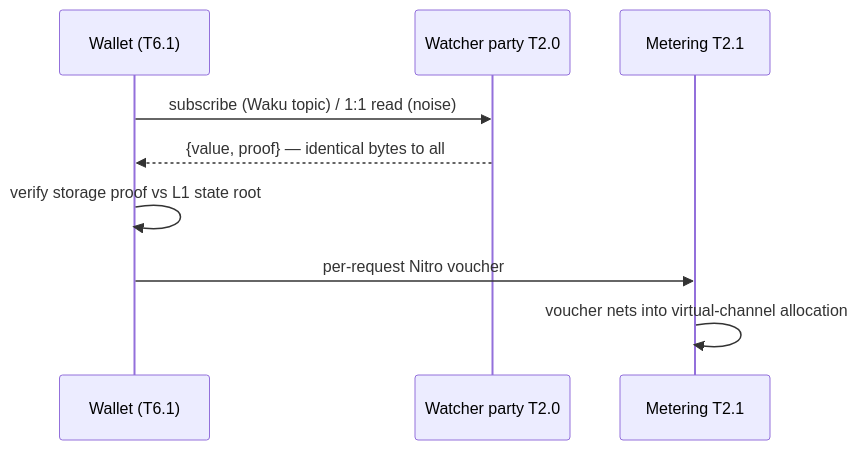
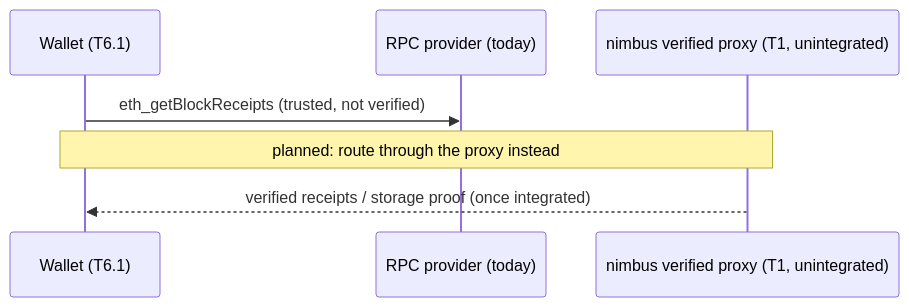
One commit to AFDudley/armada-laconic changed the fourth of 4 diagrams in engineering/06-runtime-view.md. Above: the diagram before and after it, drawn with Mermaid. The commit also changed other lines of this file and 5 other files, not shown here.

````diff
--- a/engineering/06-runtime-view.md
+++ b/engineering/06-runtime-view.md
@@ -106,11 +158,9 @@
 ```mermaid
 sequenceDiagram
   participant W as Wallet (T6.1)
-  participant WP as Watcher party T2.0
-  participant V as Metering T2.1
-  W->>WP: subscribe (Waku topic) / 1:1 read (noise)
-  WP-->>W: {value, proof} — identical bytes to all
-  W->>W: verify storage proof vs L1 state root
-  W->>V: per-request Nitro voucher
-  V->>V: voucher nets into virtual-channel allocation
+  participant RPC as RPC provider (today)
+  participant PX as nimbus verified proxy (T1, unintegrated)
+  W->>RPC: eth_getBlockReceipts (trusted, not verified)
+  Note over W,PX: planned: route through the proxy instead
+  PX-->>W: verified receipts / storage proof (once integrated)
 ```
````
